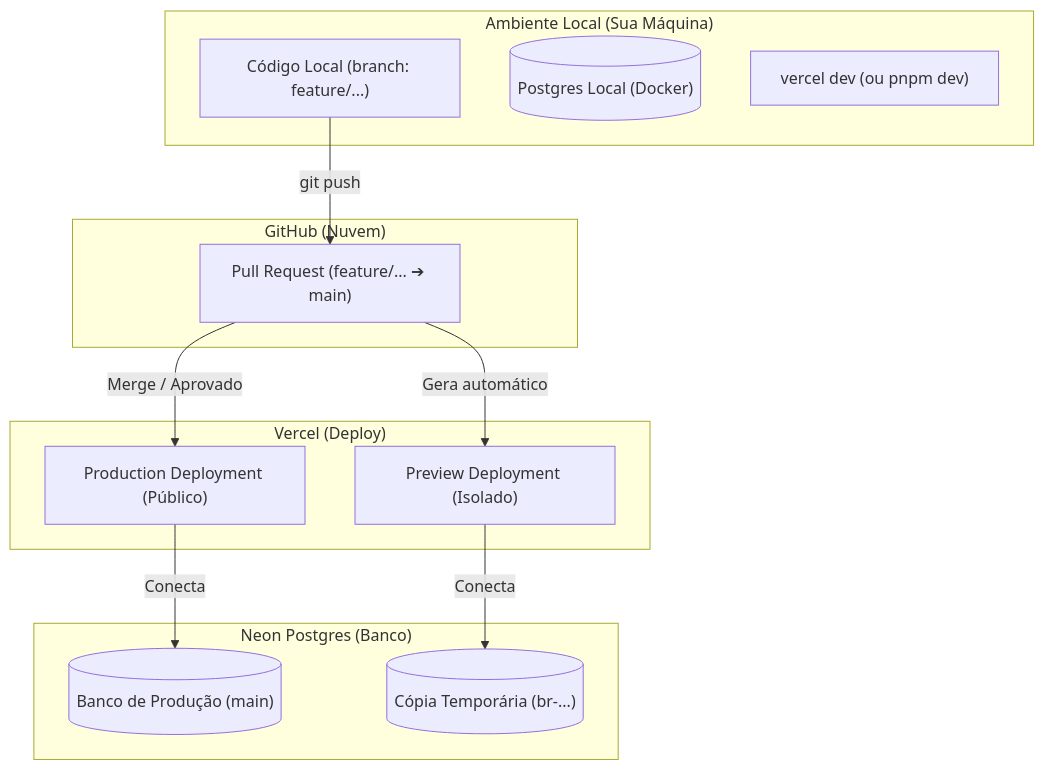
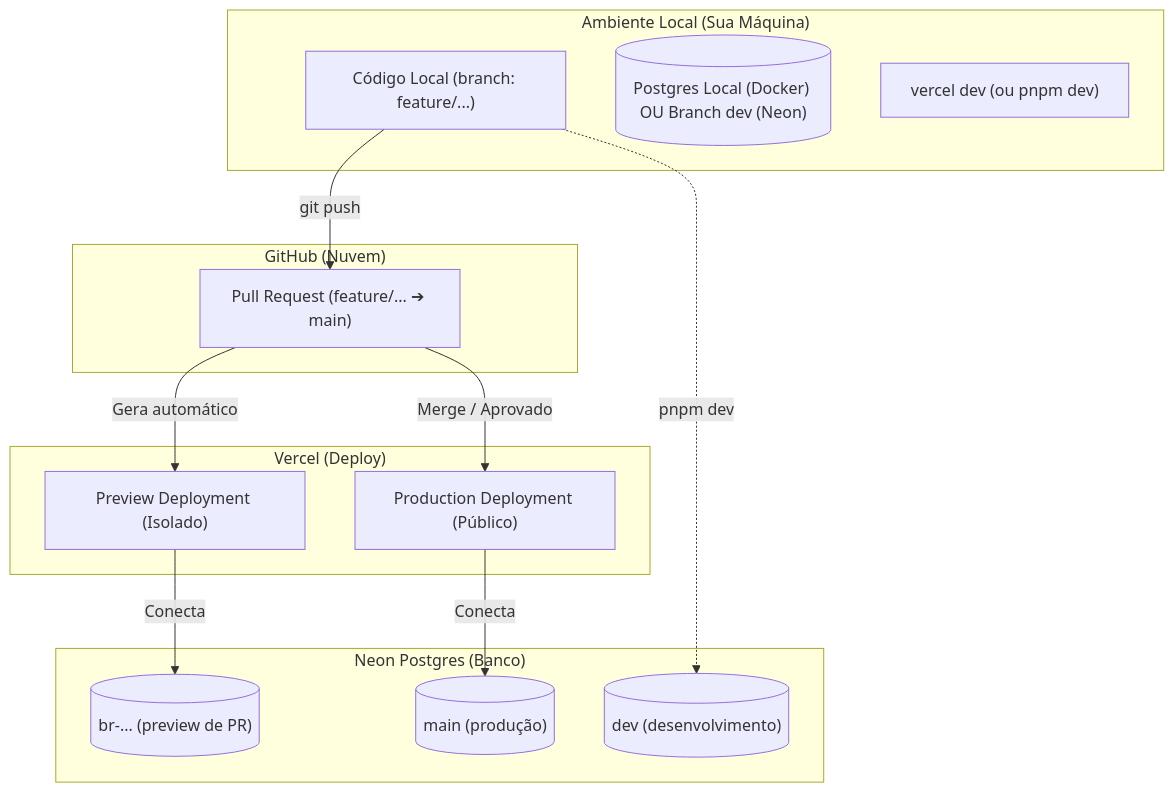
One commit to kayroalexandre/kayro-gomes changed the diagram in workflow_guide.md. Above: the diagram before and after it, drawn with Mermaid. The commit also changed other lines of this file and 12 other files, not shown here.

````diff
--- a/workflow_guide.md
+++ b/workflow_guide.md
@@ -17,28 +20,30 @@
 ```mermaid
 graph TD
     subgraph Local["Ambiente Local (Sua Máquina)"]
         LocalCode["Código Local (branch: feature/...)"]
-        LocalDB[("Postgres Local (Docker)")]
+        LocalDB[("Postgres Local (Docker) OU Branch dev (Neon)")]
         VercelDev["vercel dev (ou pnpm dev)"]
     end
 
     subgraph GitHub["GitHub (Nuvem)"]
         PR["Pull Request (feature/... ➔ main)"]
     end
 
     subgraph Vercel["Vercel (Deploy)"]
         PreviewDeploy["Preview Deployment (Isolado)"]
         ProdDeploy["Production Deployment (Público)"]
     end
 
     subgraph Neon["Neon Postgres (Banco)"]
-        ProdDB[("Banco de Produção (main)")]
-        PreviewDB[("Cópia Temporária (br-...)")]
+        ProdDB[("main (produção)")]
+        DevDB[("dev (desenvolvimento)")]
+        PreviewDB[("br-... (preview de PR)")]
     end
 
     LocalCode -->|git push| PR
     PR -->|Gera automático| PreviewDeploy
     PreviewDeploy -->|Conecta| PreviewDB
     PR -->|Merge / Aprovado| ProdDeploy
     ProdDeploy -->|Conecta| ProdDB
+    LocalCode -.->|pnpm dev| DevDB
 ```
````
